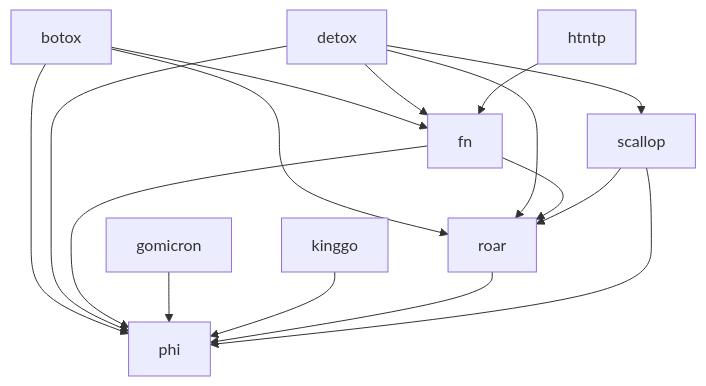
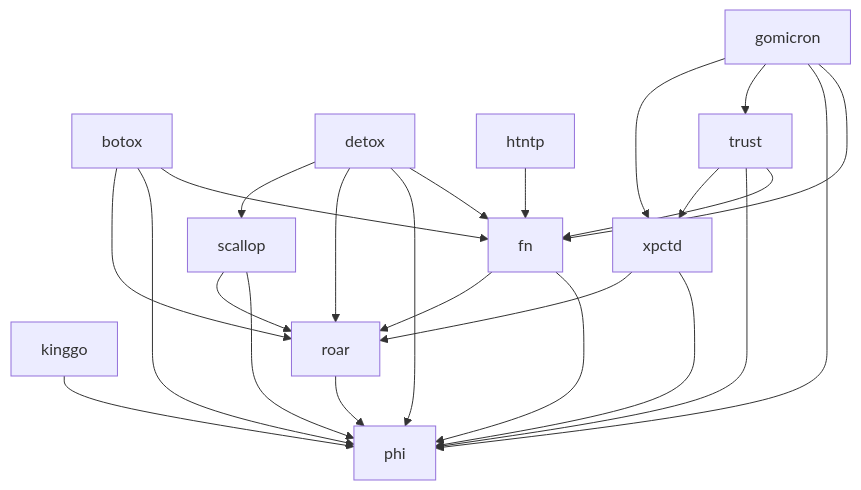
Before and after one commit to SamuelCabralCruz/going: the diagram in README.md, drawn with Mermaid. The commit also changed other lines of this file and 28 other files, not shown here.

Commit message:
create xpctd and trust libs + test gomicron

````diff
--- a/README.md
+++ b/README.md
@@ -62,52 +60,68 @@
 ```mermaid
 graph TB
 ;
     BOTOX[botox];
     DETOX[detox];
     FN[fn];
     GOMICRON[gomicron];
     HTNTP[htntp];
     KINGGO[kinggo];
     PHI[phi];
     ROAR[roar];
     SCALLOP[scallop];
+    TRUST[trust];
+    XPCTD[xpctd];
 
 %%    BOTOX -.-> KINGGO;
 %%    DETOX -.-> KINGGO;
 %%    FN -.-> KINGGO;
 %%    HTNTP -.-> KINGGO;
 %%    PHI -.-> KINGGO;
 %%    ROAR -.-> KINGGO;
 %%    SCALLOP -.-> KINGGO;
+%%    TRUST -.-> KINGGO;
+%%    XPCTD -.-> KINGGO;
 
 %%    BOTOX -.-> GOMICRON;
 %%    DETOX -.-> GOMICRON;
 %%    FN -.-> GOMICRON;
 %%    HTNTP -.-> GOMICRON;
 %%    PHI -.-> GOMICRON;
 %%    ROAR -.-> GOMICRON;
 %%    SCALLOP -.-> GOMICRON;
+%%    TRUST -.-> GOMICRON;
+%%    XPCTD -.-> GOMICRON;
 
     BOTOX --> FN;
     BOTOX --> PHI;
     BOTOX --> ROAR;
     
     DETOX --> FN;
     DETOX --> PHI;
     DETOX --> ROAR;
     DETOX --> SCALLOP;
     
     FN --> PHI;
     FN --> ROAR;
 
+    GOMICRON --> FN;
     GOMICRON --> PHI;
+    GOMICRON --> TRUST;
+    GOMICRON --> XPCTD;
     
     HTNTP --> FN;
 
     KINGGO --> PHI;
 
     ROAR --> PHI;
 
     SCALLOP --> PHI;
     SCALLOP --> ROAR;
+    
+    TRUST --> FN;
+    TRUST --> PHI;
+    TRUST --> XPCTD;
+    
+    XPCTD --> PHI;
+    XPCTD --> ROAR;
 ```
````
